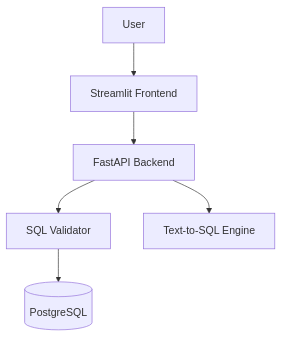
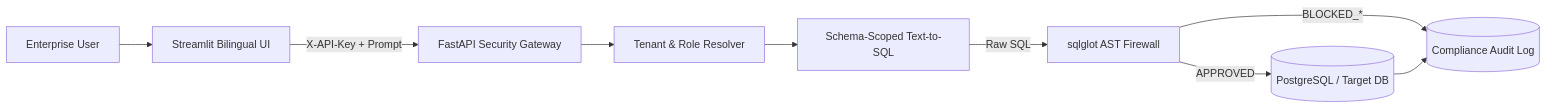
The diagram in README.md (lutfullahsa/GuardSQL-Enterprise), drawn with Mermaid before and after one commit. The commit also changed other lines of this file and 1 other file, not shown here.

Commit message:
feat(ui): add bilingual Streamlit demo dashboard and enterprise README

````diff
--- a/README.md
+++ b/README.md
@@ -6,8 +15,11 @@
 ```mermaid
-graph TD
-    User[User] --> FE[Streamlit Frontend]
-    FE --> API[FastAPI Backend]
-    API --> SQLVal[SQL Validator]
-    API --> T2S[Text-to-SQL Engine]
-    SQLVal --> DB[(PostgreSQL)]
+flowchart LR
+    U[Enterprise User] --> FE[Streamlit Bilingual UI]
+    FE -->|X-API-Key + Prompt| API[FastAPI Security Gateway]
+    API --> AUTH[Tenant & Role Resolver]
+    AUTH --> LLM[Schema-Scoped Text-to-SQL]
+    LLM -->|Raw SQL| AST[sqlglot AST Firewall]
+    AST -->|BLOCKED_*| LOG[(Compliance Audit Log)]
+    AST -->|APPROVED| DB[(PostgreSQL / Target DB)]
+    DB --> LOG
 ```
````
